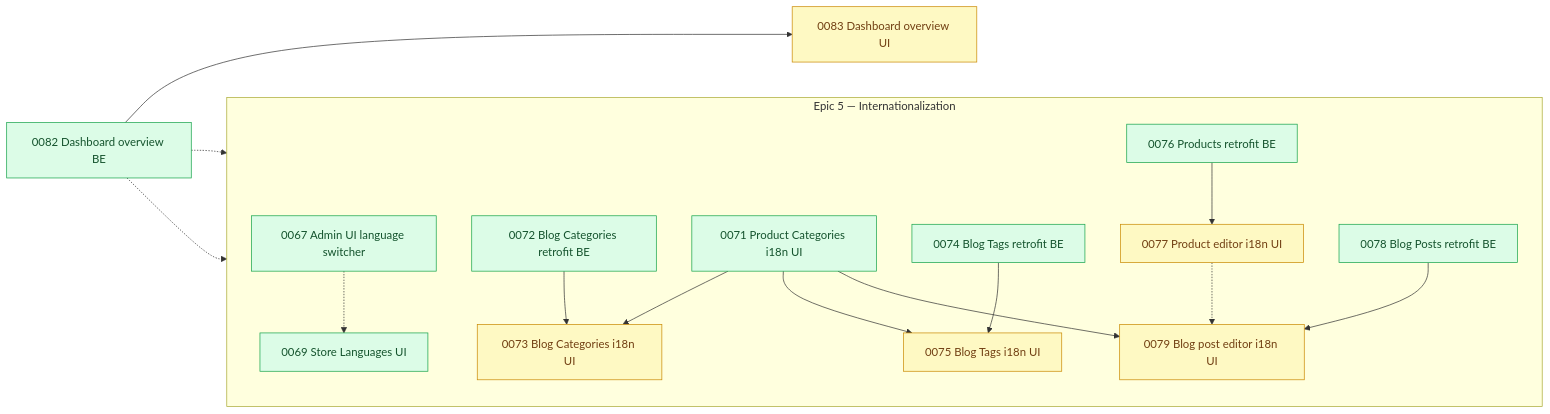
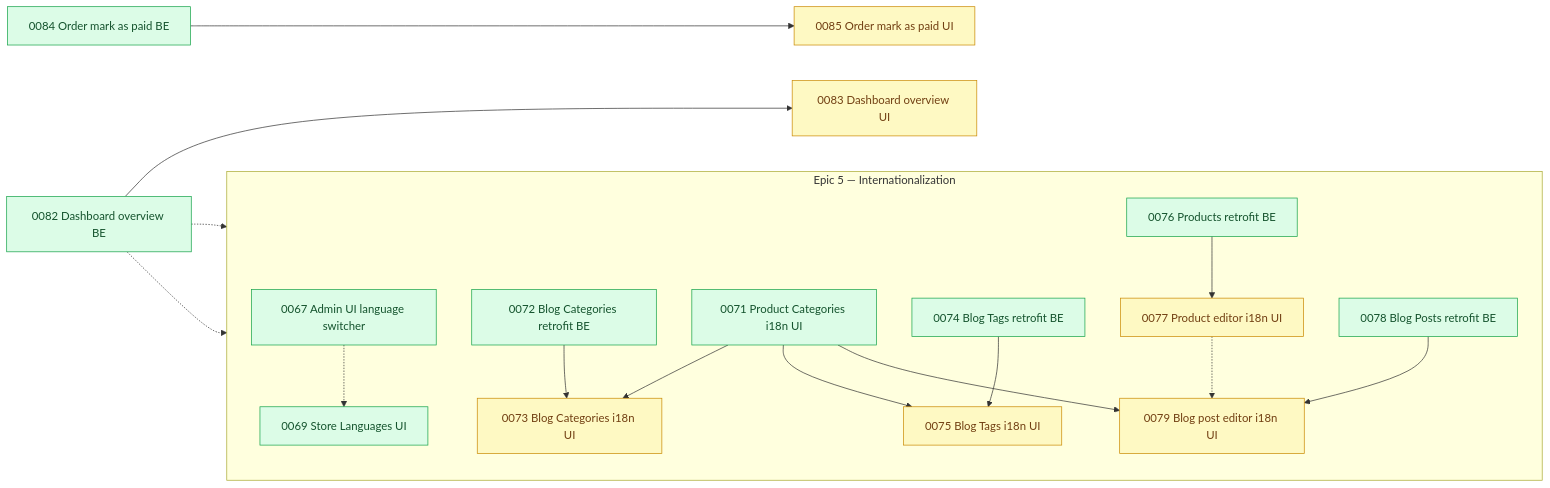
The diagram in arospe/ai-spec/tasks-map.md (shojen/AI4Devs-finalproject), drawn with Mermaid before and after one commit. The commit also changed other lines of this file and 4 other files, not shown here.

First line of the commit message:
docs(tasks): add order mark-as-paid stories 0084 (backend) and 0085 (frontend)

````diff
--- a/arospe/ai-spec/tasks-map.md
+++ b/arospe/ai-spec/tasks-map.md
@@ -456,6 +465,8 @@
     end
 
     %% Standalone (no PRD epic)
+    P0084["0084 Order mark as paid BE"]
+    P0085["0085 Order mark as paid UI"]
     P0082["0082 Dashboard overview BE"]
     P0083["0083 Dashboard overview UI"]
     %% (P0081's own node dropped: 0081 closed to done/ this pass, per the update at the top of this
@@ -526,9 +537,10 @@
     P0071 --> P0079
     P0077 -.-> P0079
     P0082 --> P0083
+    P0084 --> P0085
     P0082 -.-> P0076
     P0082 -.-> P0078
 
-    class P0073,P0075,P0077,P0079,P0083 pending;
-    class P0067,P0069,P0071,P0072,P0074,P0076,P0078,P0082 ready;
+    class P0073,P0075,P0077,P0079,P0083,P0085 pending;
+    class P0067,P0069,P0071,P0072,P0074,P0076,P0078,P0082,P0084 ready;
 ```
````
